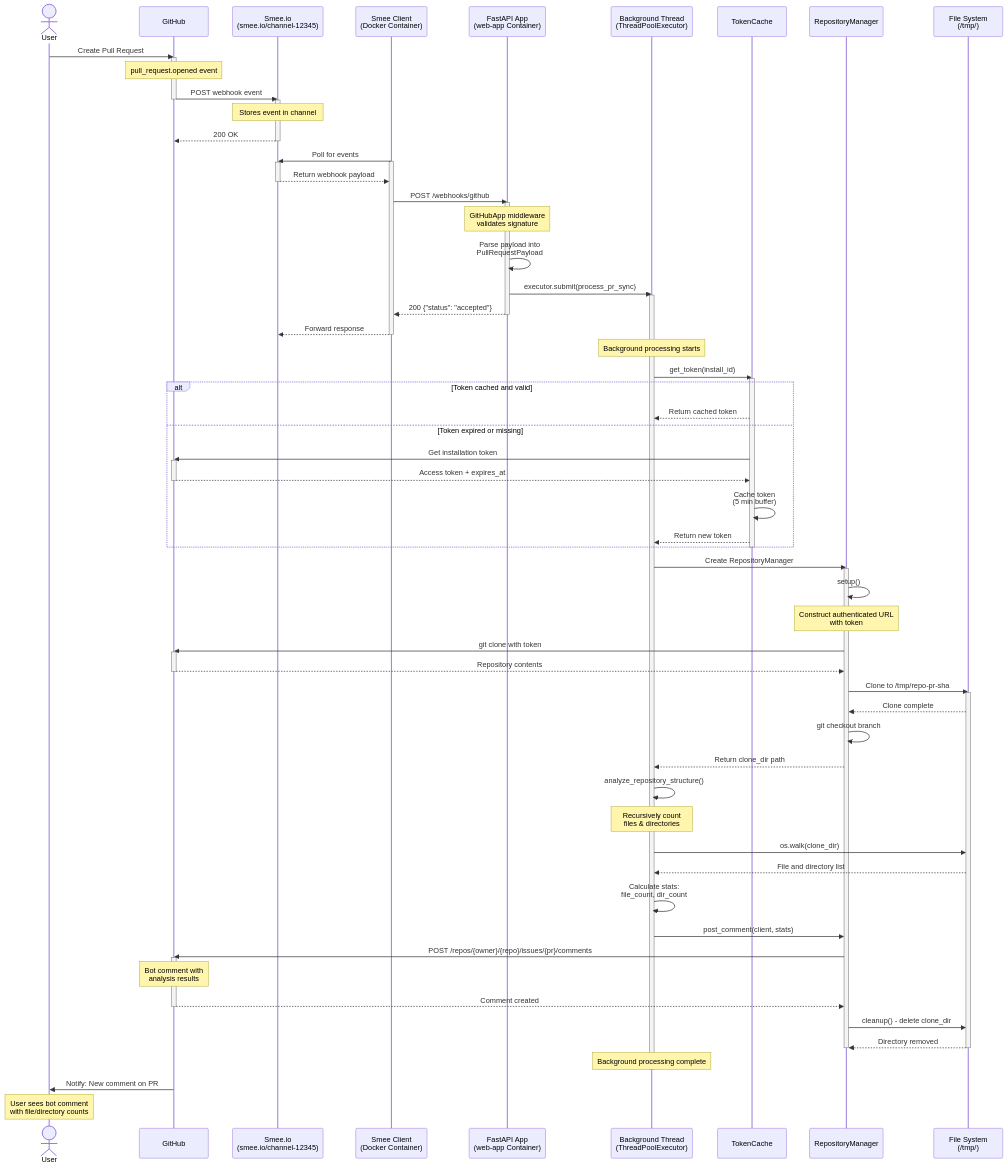
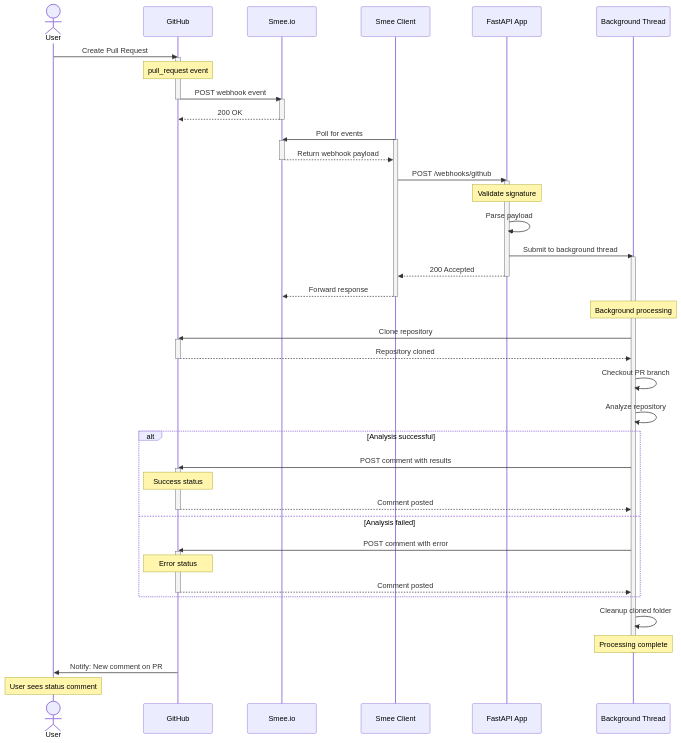
The second of 4 diagrams in diagrams.md (ik-learning/github-app-python), drawn with Mermaid before and after one commit. The commit also changed other lines of this file, not shown here.

Commit message:
update docs with diagrams

````diff
--- a/diagrams.md
+++ b/diagrams.md
@@ -74,22 +74,18 @@
 sequenceDiagram
     actor User
     participant GH as GitHub
-    participant Smee as Smee.io<br/>(smee.io/channel-12345)
-    participant SC as Smee Client<br/>(Docker Container)
-    participant API as FastAPI App<br/>(web-app Container)
-    participant BG as Background Thread<br/>(ThreadPoolExecutor)
-    participant Cache as TokenCache
-    participant Repo as RepositoryManager
-    participant FS as File System<br/>(/tmp/)
+    participant Smee as Smee.io
+    participant SC as Smee Client
+    participant API as FastAPI App
+    participant BG as Background Thread
 
     User->>GH: Create Pull Request
     activate GH
-    Note over GH: pull_request.opened event
+    Note over GH: pull_request event
     GH->>Smee: POST webhook event
     deactivate GH
 
     activate Smee
-    Note over Smee: Stores event in channel
     Smee-->>GH: 200 OK
     deactivate Smee
 
@@ -101,75 +97,47 @@
 
     SC->>API: POST /webhooks/github
     activate API
-    Note over API: GitHubApp middleware<br/>validates signature
+    Note over API: Validate signature
 
-    API->>API: Parse payload into<br/>PullRequestPayload
-    API->>BG: executor.submit(process_pr_sync)
+    API->>API: Parse payload
+    API->>BG: Submit to background thread
     activate BG
 
-    API-->>SC: 200 {"status": "accepted"}
+    API-->>SC: 200 Accepted
     deactivate API
     SC-->>Smee: Forward response
     deactivate SC
 
-    Note over BG: Background processing starts
+    Note over BG: Background processing
 
-    BG->>Cache: get_token(install_id)
-    activate Cache
-    alt Token cached and valid
-        Cache-->>BG: Return cached token
-    else Token expired or missing
-        Cache->>GH: Get installation token
-        activate GH
-        GH-->>Cache: Access token + expires_at
-        deactivate GH
-        Cache->>Cache: Cache token<br/>(5 min buffer)
-        Cache-->>BG: Return new token
-    end
-    deactivate Cache
-
-    BG->>Repo: Create RepositoryManager
-    activate Repo
-
-    Repo->>Repo: setup()
-    Note over Repo: Construct authenticated URL<br/>with token
-
-    Repo->>GH: git clone with token
+    BG->>GH: Clone repository
     activate GH
-    GH-->>Repo: Repository contents
+    GH-->>BG: Repository cloned
     deactivate GH
 
-    Repo->>FS: Clone to /tmp/repo-pr-sha
-    activate FS
-    FS-->>Repo: Clone complete
+    BG->>BG: Checkout PR branch
 
-    Repo->>Repo: git checkout branch
-    Repo-->>BG: Return clone_dir path
+    BG->>BG: Analyze repository
 
-    BG->>BG: analyze_repository_structure()
-    Note over BG: Recursively count<br/>files & directories
+    alt Analysis successful
+        BG->>GH: POST comment with results
+        activate GH
+        Note over GH: Success status
+        GH-->>BG: Comment posted
+        deactivate GH
+    else Analysis failed
+        BG->>GH: POST comment with error
+        activate GH
+        Note over GH: Error status
+        GH-->>BG: Comment posted
+        deactivate GH
+    end
 
-    BG->>FS: os.walk(clone_dir)
-    FS-->>BG: File and directory list
+    BG->>BG: Cleanup cloned folder
 
-    BG->>BG: Calculate stats:<br/>file_count, dir_count
-
-    BG->>Repo: post_comment(client, stats)
-
-    Repo->>GH: POST /repos/{owner}/{repo}/issues/{pr}/comments
-    activate GH
-    Note over GH: Bot comment with<br/>analysis results
-    GH-->>Repo: Comment created
-    deactivate GH
-
-    Repo->>FS: cleanup() - delete clone_dir
-    FS-->>Repo: Directory removed
-    deactivate FS
-    deactivate Repo
-
-    Note over BG: Background processing complete
+    Note over BG: Processing complete
     deactivate BG
 
     GH->>User: Notify: New comment on PR
-    Note over User: User sees bot comment<br/>with file/directory counts
+    Note over User: User sees status comment
 ```
````
